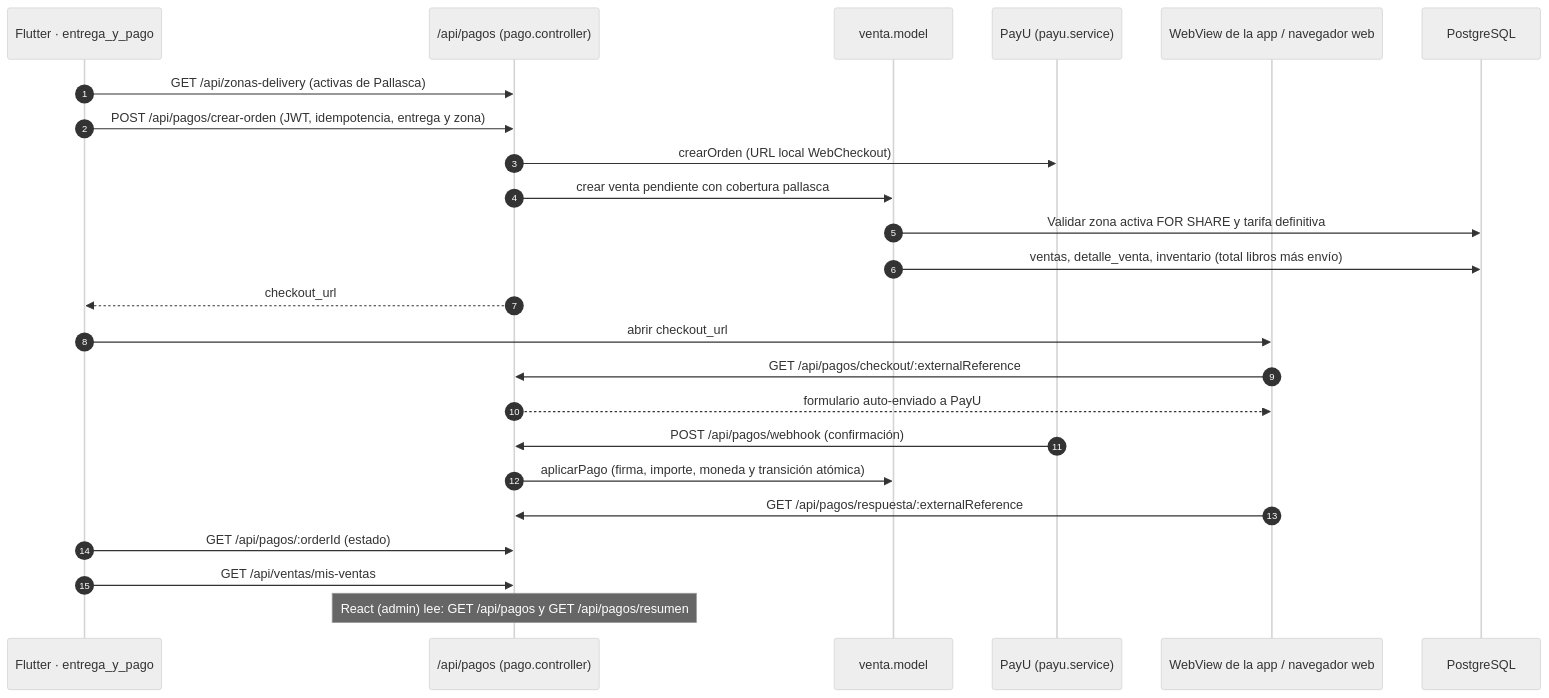
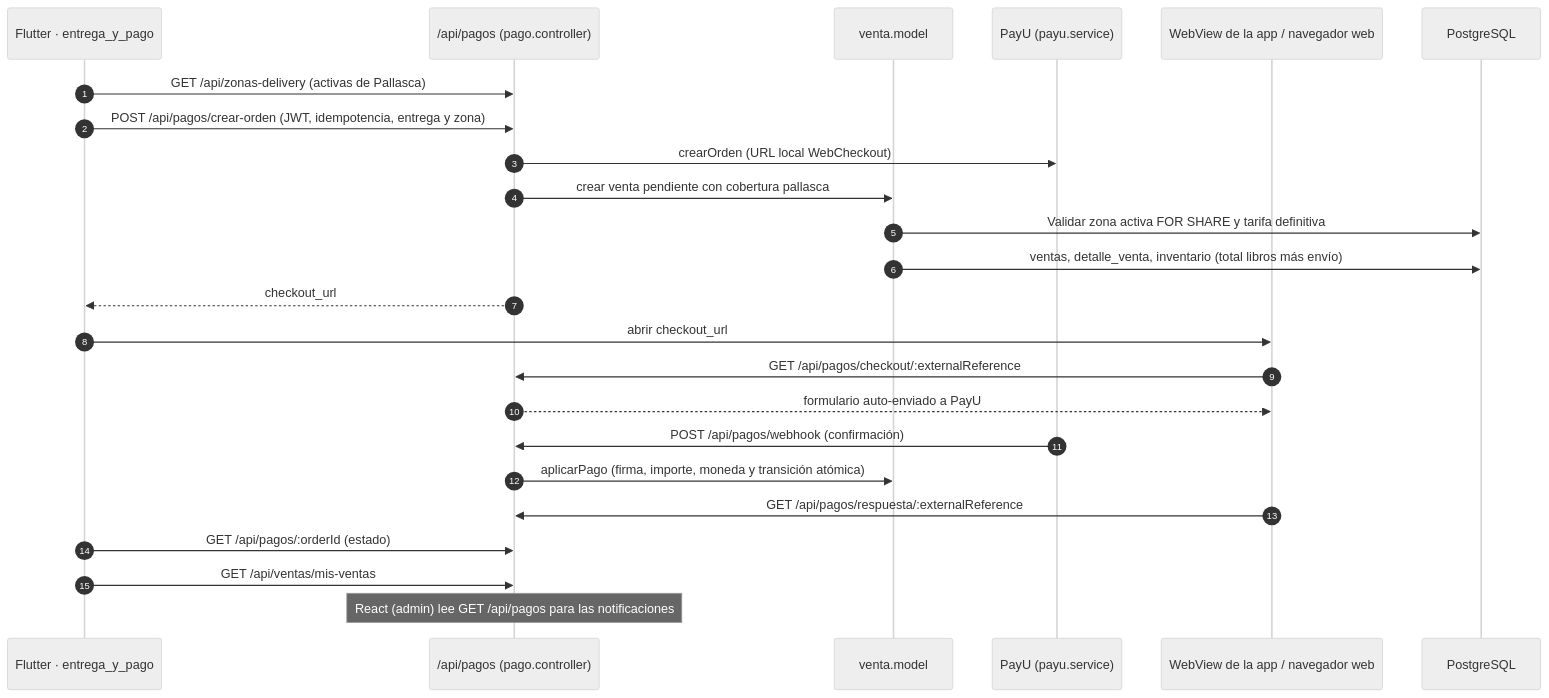
One commit to jimenezvegaedinson7-dot/librer-a changed the diagram in docs/architecture/graphs/payments-flow.mmd. Above: the diagram before and after it, drawn with Mermaid (neutral theme). The commit also changed 202 other files, not shown here.

```diff
--- a/docs/architecture/graphs/payments-flow.mmd
+++ b/docs/architecture/graphs/payments-flow.mmd
@@ -1,25 +1,25 @@
-%% Generado 2026-10-22 desde el código real (actualizar-mapa.mjs)
+%% Generado 2026-11-03 desde el código real (actualizar-mapa.mjs)
 sequenceDiagram
     autonumber
     participant F as Flutter · entrega_y_pago
     participant API as /api/pagos (pago.controller)
     participant VM as venta.model
     participant P as PayU (payu.service)
     participant B as WebView de la app / navegador web
     participant DB as PostgreSQL
     F->>API: GET /api/zonas-delivery (activas de Pallasca)
     F->>API: POST /api/pagos/crear-orden (JWT, idempotencia, entrega y zona)
     API->>P: crearOrden (URL local WebCheckout)
     API->>VM: crear venta pendiente con cobertura pallasca
     VM->>DB: Validar zona activa FOR SHARE y tarifa definitiva
     VM->>DB: ventas, detalle_venta, inventario (total libros más envío)
     API-->>F: checkout_url
     F->>B: abrir checkout_url
     B->>API: GET /api/pagos/checkout/:externalReference
     API-->>B: formulario auto-enviado a PayU
     P->>API: POST /api/pagos/webhook (confirmación)
     API->>VM: aplicarPago (firma, importe, moneda y transición atómica)
     B->>API: GET /api/pagos/respuesta/:externalReference
     F->>API: GET /api/pagos/:orderId (estado)
     F->>API: GET /api/ventas/mis-ventas
-    Note over API: React (admin) lee: GET /api/pagos y GET /api/pagos/resumen
+    Note over API: React (admin) lee GET /api/pagos para las notificaciones
```
